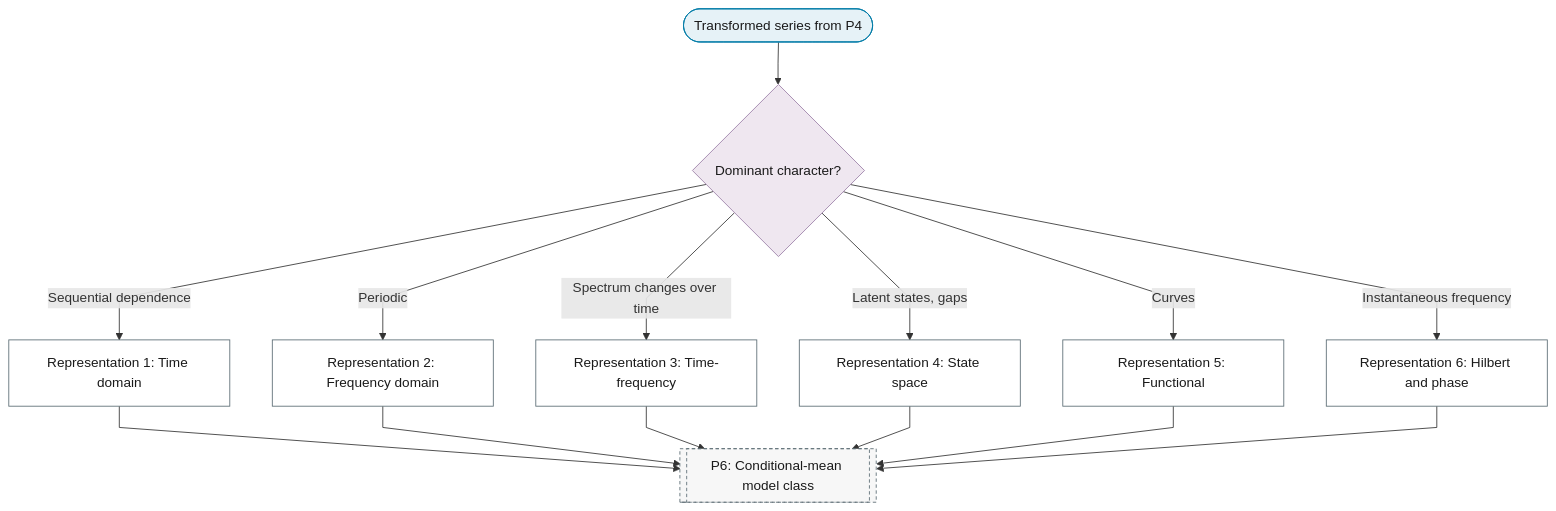
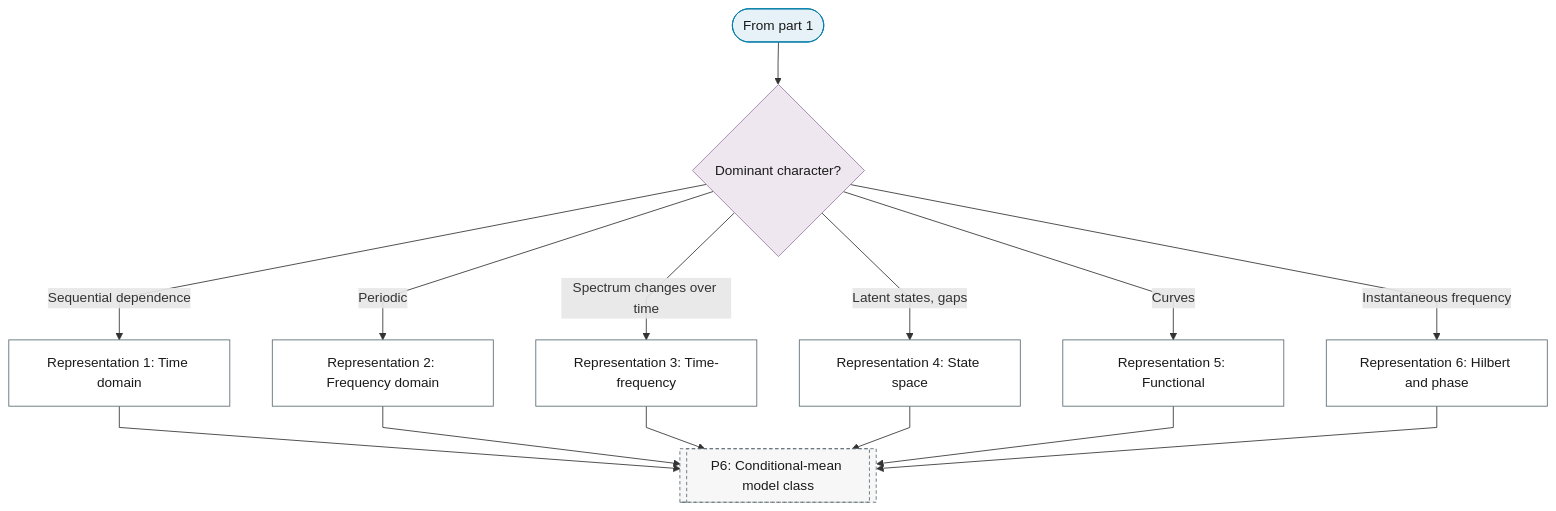
Before and after one commit to Shuxin-Y/time-series-analysis-manual: the second of 2 diagrams in docs/01-workflow/p05-representation/index.md, drawn with Mermaid. The commit also changed other lines of this file and 8 other files, not shown here.

First line of the commit message:
feat(p5): sampling gate and signal-criteria representation charts

````diff
--- a/docs/01-workflow/p05-representation/index.md
+++ b/docs/01-workflow/p05-representation/index.md
@@ -9,24 +39,24 @@
 ```mermaid
 %%{init: {"flowchart": {"curve": "linear"}}}%%
 graph TD
-    P5_IN(["Transformed series from P4"]) --> P5_CHARACTER{"Dominant character?"}
+    P5_PART_2_IN(["From part 1"]) --> P5_CHARACTER{"Dominant character?"}
     P5_CHARACTER -->|"Sequential dependence"| P5_TIME_DOMAIN["Representation 1: Time domain"]
     P5_CHARACTER -->|"Periodic"| P5_FREQUENCY_DOMAIN["Representation 2: Frequency domain"]
     P5_CHARACTER -->|"Spectrum changes over time"| P5_TIME_FREQUENCY["Representation 3: Time-frequency"]
     P5_CHARACTER -->|"Latent states, gaps"| P5_STATE_SPACE["Representation 4: State space"]
     P5_CHARACTER -->|"Curves"| P5_FUNCTIONAL["Representation 5: Functional"]
     P5_CHARACTER -->|"Instantaneous frequency"| P5_HILBERT["Representation 6: Hilbert and phase"]
     P5_TIME_DOMAIN & P5_FREQUENCY_DOMAIN & P5_TIME_FREQUENCY & P5_STATE_SPACE & P5_FUNCTIONAL & P5_HILBERT --> P6[["P6: Conditional-mean model class"]]
-    class P5_IN terminator
+    class P5_PART_2_IN terminator
     class P5_CHARACTER decision
     class P5_TIME_DOMAIN,P5_FREQUENCY_DOMAIN,P5_TIME_FREQUENCY,P5_STATE_SPACE,P5_FUNCTIONAL,P5_HILBERT process
     class P6 ref
     classDef terminator fill:#E6F2F7,stroke:#007BA7,color:#1A1A1A;
     classDef process fill:#FFFFFF,stroke:#5A6B73,color:#1A1A1A;
     classDef decision fill:#EFE7F0,stroke:#9B7FA7,color:#1A1A1A;
     classDef data fill:#FFF4E0,stroke:#C9A55E,color:#1A1A1A;
     classDef good fill:#DCEFD8,stroke:#4A7A3F,color:#1A1A1A;
     classDef escalate fill:#FFE9C2,stroke:#C9A55E,color:#1A1A1A;
     classDef problem fill:#F2D9DE,stroke:#800020,color:#1A1A1A;
     classDef ref fill:#F7F7F7,stroke:#5A6B73,color:#1A1A1A,stroke-dasharray:4 3;
 ```
````
